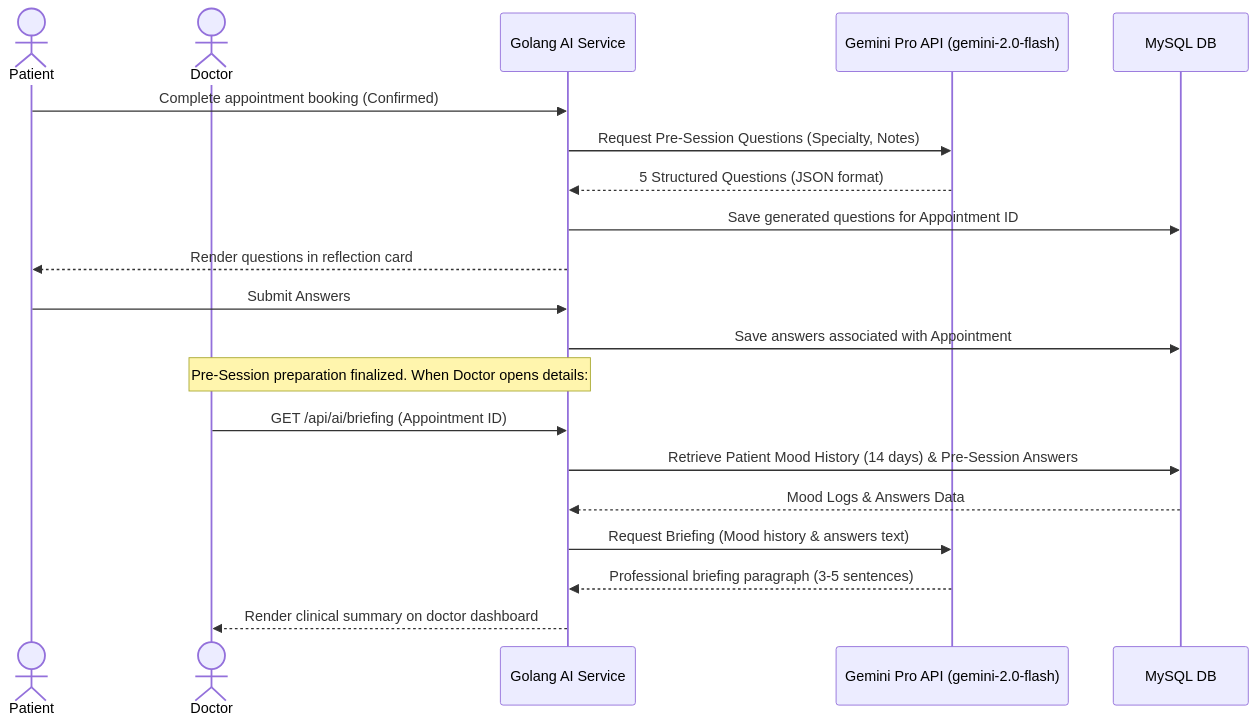
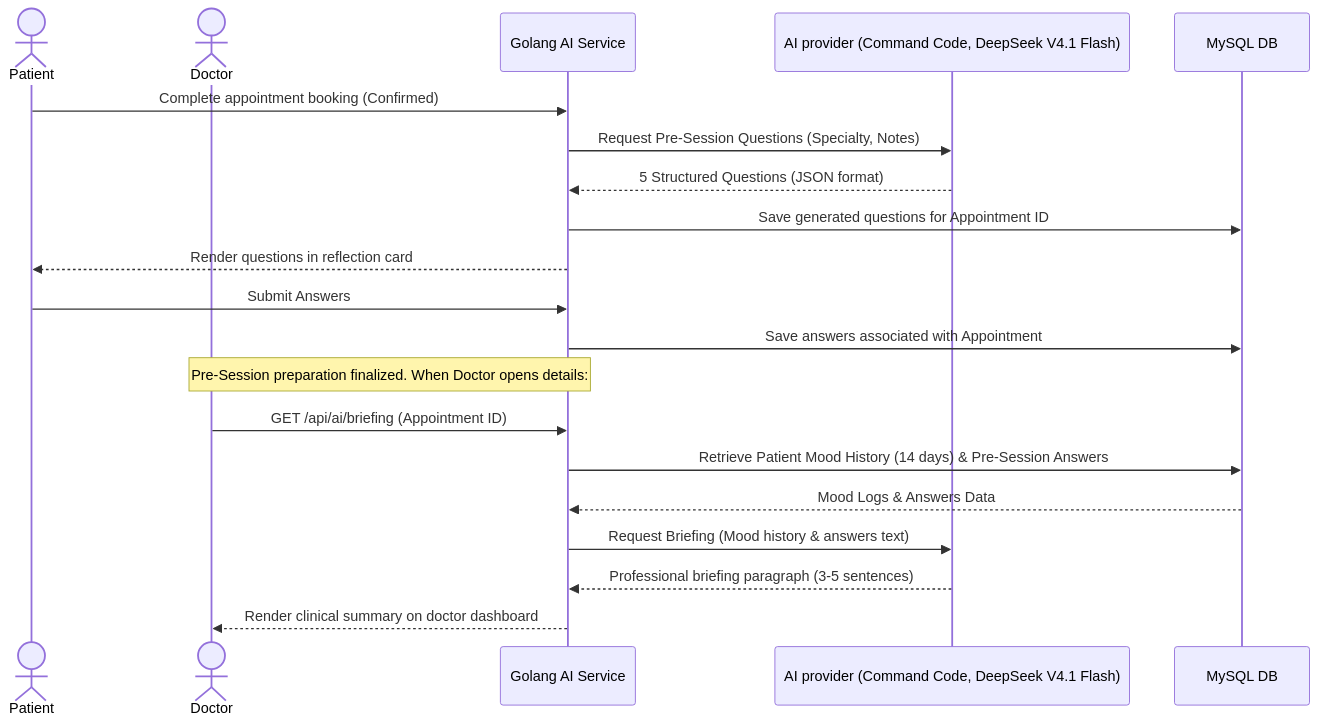
Before and after one commit to davinakmalyasha/MindEase: the third of 3 diagrams in prd.md, drawn with Mermaid. The commit also changed other lines of this file and 4 other files, not shown here.

````diff
--- a/prd.md
+++ b/prd.md
@@ -259,25 +259,25 @@
 ```mermaid
 sequenceDiagram
     actor Patient
     actor Doctor
     participant API as Golang AI Service
-    participant Gemini as Gemini Pro API (gemini-2.0-flash)
+    participant AI as AI provider (Command Code, DeepSeek V4.1 Flash)
     participant DB as MySQL DB
 
     Patient->>API: Complete appointment booking (Confirmed)
-    API->>Gemini: Request Pre-Session Questions (Specialty, Notes)
-    Gemini-->>API: 5 Structured Questions (JSON format)
+    API->>AI: Request Pre-Session Questions (Specialty, Notes)
+    AI-->>API: 5 Structured Questions (JSON format)
     API->>DB: Save generated questions for Appointment ID
     API-->>Patient: Render questions in reflection card
     Patient->>API: Submit Answers
     API->>DB: Save answers associated with Appointment
     
     note over Doctor, API: Pre-Session preparation finalized. When Doctor opens details:
     
     Doctor->>API: GET /api/ai/briefing (Appointment ID)
     API->>DB: Retrieve Patient Mood History (14 days) & Pre-Session Answers
     DB-->>API: Mood Logs & Answers Data
-    API->>Gemini: Request Briefing (Mood history & answers text)
-    Gemini-->>API: Professional briefing paragraph (3-5 sentences)
+    API->>AI: Request Briefing (Mood history & answers text)
+    AI-->>API: Professional briefing paragraph (3-5 sentences)
     API-->>Doctor: Render clinical summary on doctor dashboard
 ```
````
